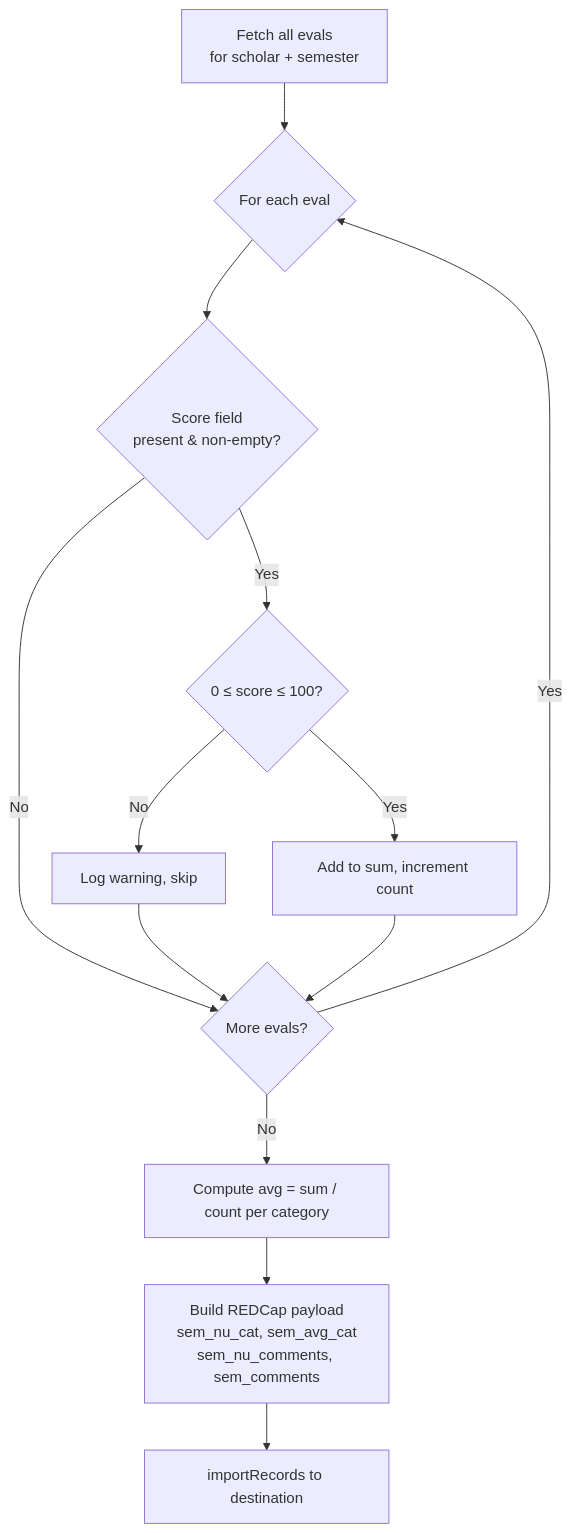
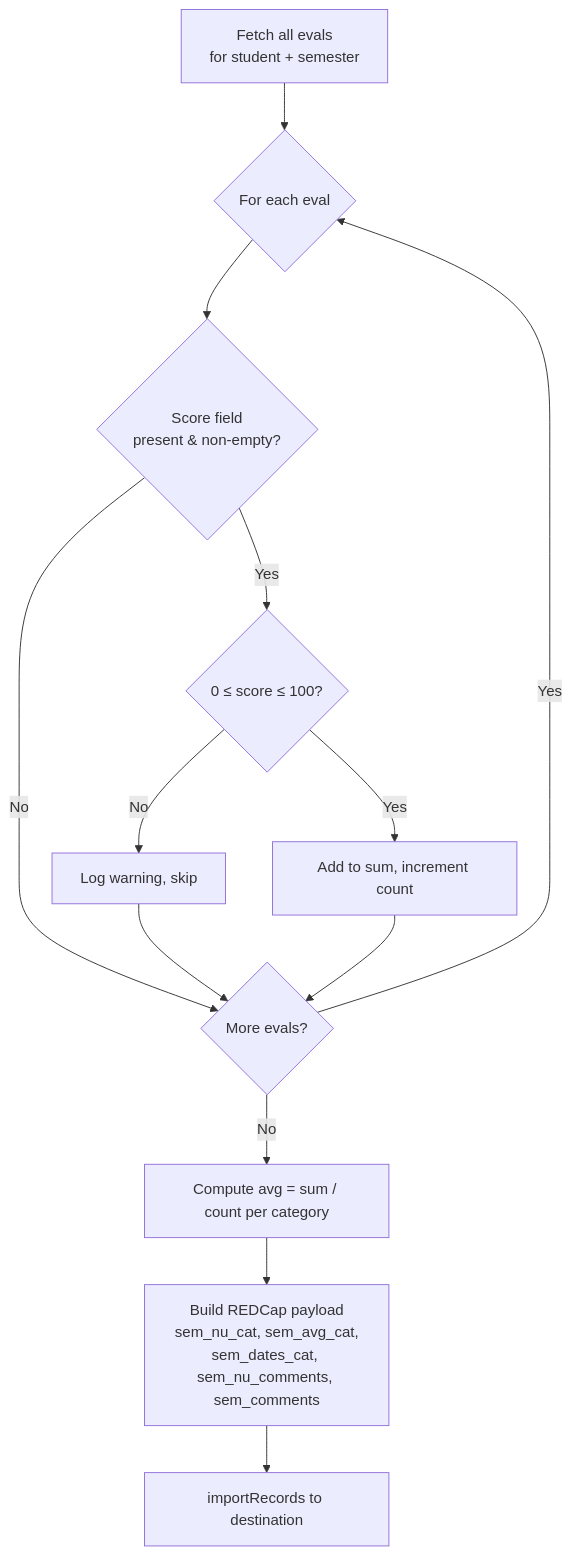
Before and after one commit to com-atg/OMM-SE: the sixth of 7 diagrams in Docs/architecture.md, drawn with Mermaid. The commit also changed other lines of this file and 7 other files, not shown here.

````diff
--- a/Docs/architecture.md
+++ b/Docs/architecture.md
@@ -223,15 +226,15 @@
 ```mermaid
 flowchart TD
-    A[Fetch all evals\nfor scholar + semester] --> B{For each eval}
+    A[Fetch all evals\nfor student + semester] --> B{For each eval}
     B --> C{Score field\npresent & non-empty?}
     C -- No --> G
     C -- Yes --> D{0 ≤ score ≤ 100?}
     D -- No --> E[Log warning, skip]
     E --> G
     D -- Yes --> F[Add to sum, increment count]
     F --> G{More evals?}
     G -- Yes --> B
     G -- No --> H[Compute avg = sum / count per category]
-    H --> I[Build REDCap payload\nsem_nu_cat, sem_avg_cat\nsem_nu_comments, sem_comments]
+    H --> I[Build REDCap payload\nsem_nu_cat, sem_avg_cat,\nsem_dates_cat, sem_nu_comments, sem_comments]
     I --> J[importRecords to destination]
 ```
````
